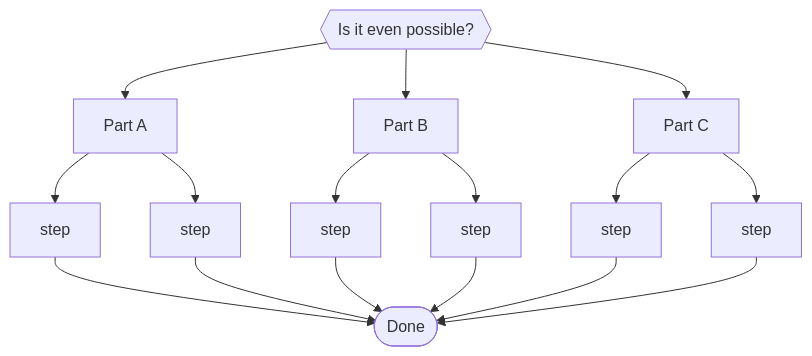
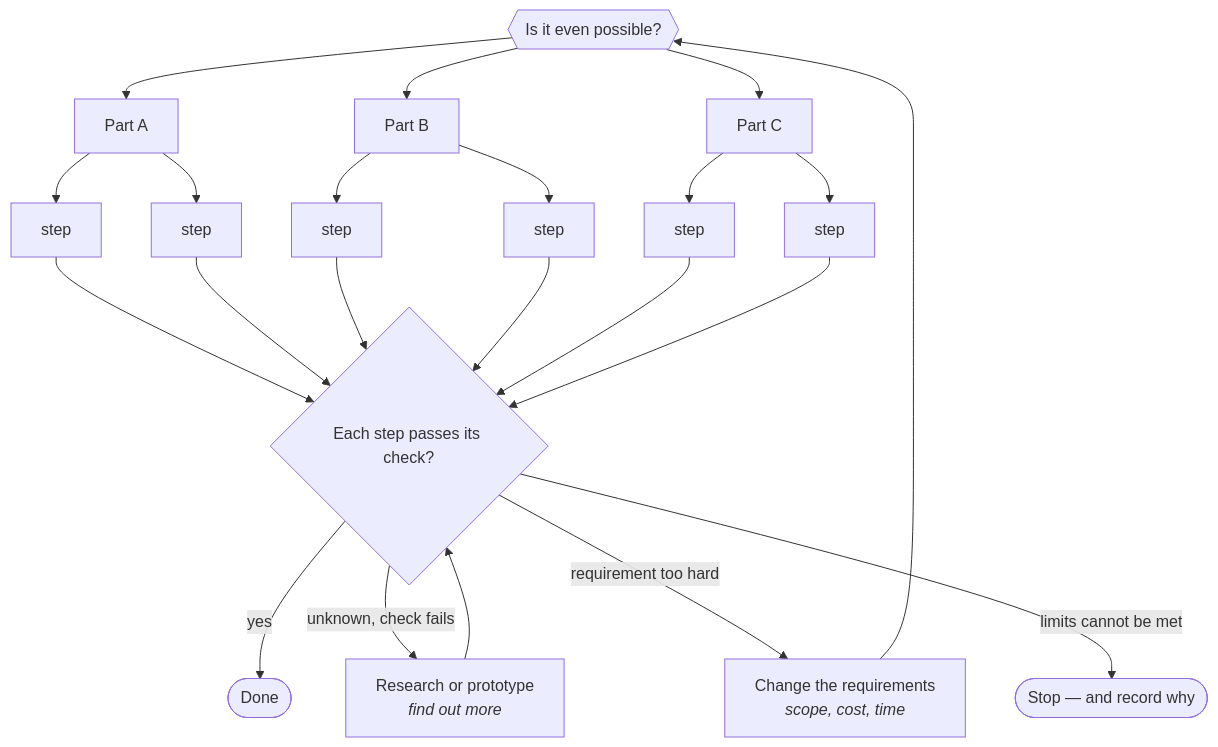
One commit to HomenSAI/two-worlds-one-mind changed the third of 3 diagrams in book/03-principles.md. Above: the diagram before and after it, drawn with Mermaid. The commit also changed other lines of this file and 23 other files, not shown here.

````diff
--- a/book/03-principles.md
+++ b/book/03-principles.md
@@ -95,8 +110,12 @@
 ```mermaid
 flowchart TB
     Q{{"Is it even possible?"}} --> A[Part A] & B[Part B] & C[Part C]
     A --> A1[step] & A2[step]
     B --> B1[step] & B2[step]
     C --> C1[step] & C2[step]
-    A1 & A2 & B1 & B2 & C1 & C2 --> Done([Done])
+    A1 & A2 & B1 & B2 & C1 & C2 --> K{"Each step passes its check?"}
+    K -- yes --> Done([Done])
+    K -- "unknown, check fails" --> R["Research or prototype<br/><i>find out more</i>"] --> K
+    K -- "requirement too hard" --> Ch["Change the requirements<br/><i>scope, cost, time</i>"] --> Q
+    K -- "limits cannot be met" --> Stop([Stop — and record why])
 ```
````
